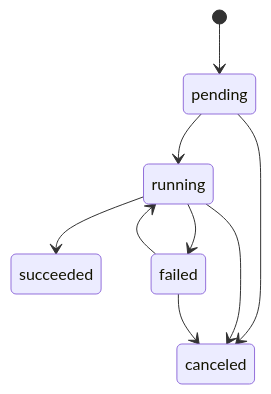
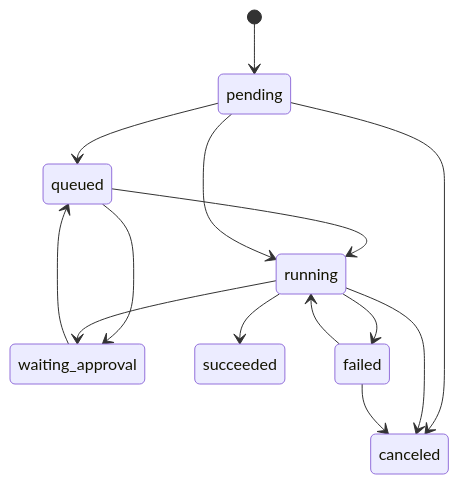
One commit to ahmeddyounis/reflexor changed the first of 2 diagrams in docs/domain-models.md. Above: the diagram before and after it, drawn with Mermaid. The commit also changed other lines of this file and 5 other files, not shown here.

Commit message:
feat(domain): add waiting_approval task state

````diff
--- a/docs/domain-models.md
+++ b/docs/domain-models.md
@@ -183,11 +185,16 @@
 ```mermaid
 stateDiagram-v2
     [*] --> pending
+    pending --> queued
+    queued --> waiting_approval
+    waiting_approval --> queued
+    queued --> running
     pending --> running
+    running --> waiting_approval
     pending --> canceled
     running --> succeeded
     running --> failed
     running --> canceled
     failed --> running
     failed --> canceled
 ```
````
